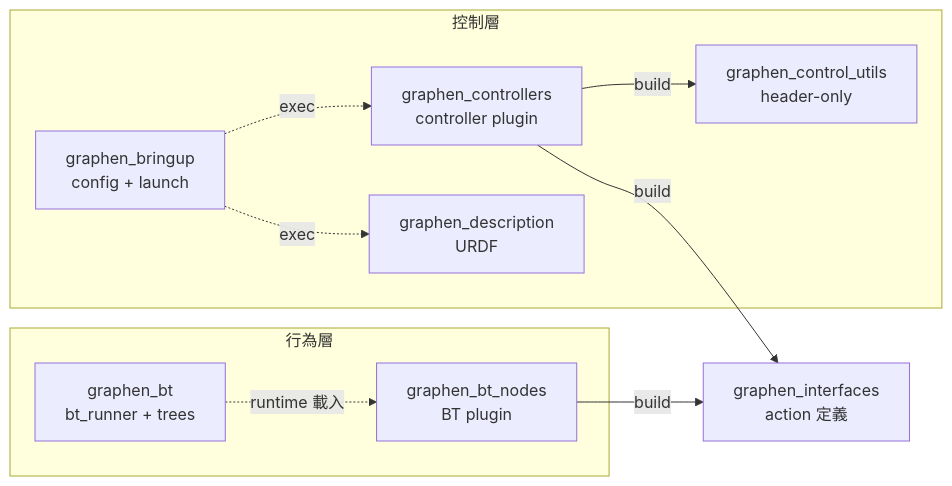
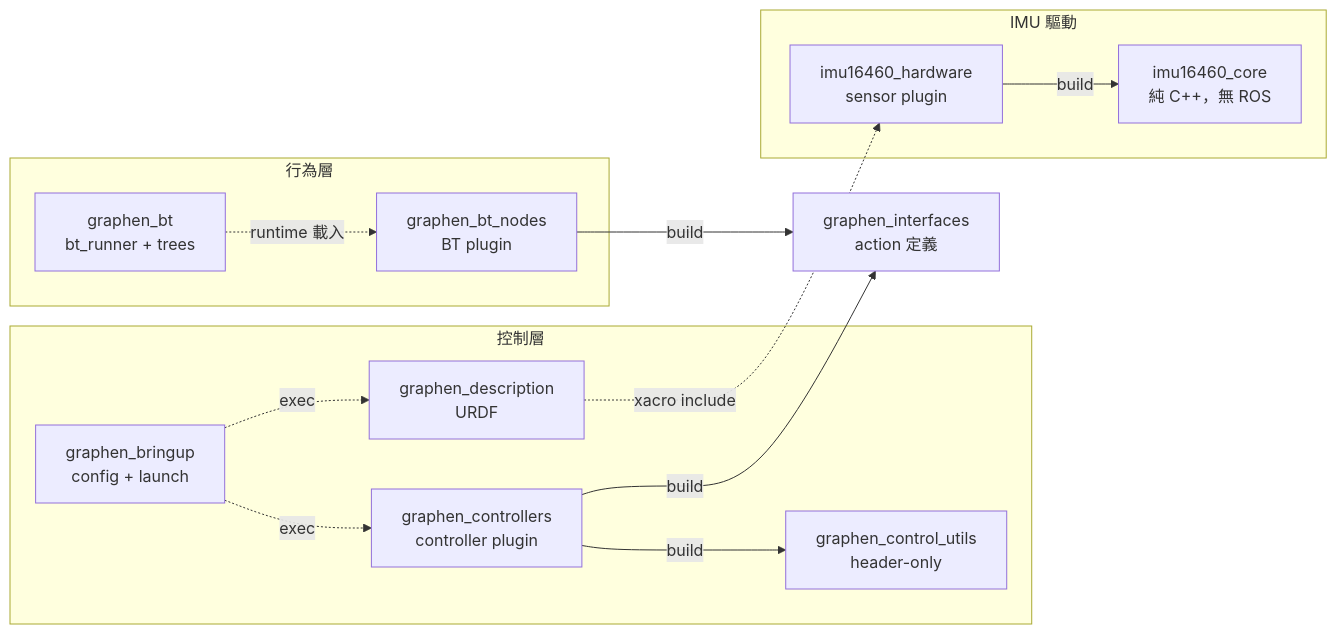
One commit to s40523122/graphen_controller changed the first of 4 diagrams in docs/ARCHITECTURE.md. Above: the diagram before and after it, drawn with Mermaid. The commit also changed other lines of this file and 2 other files, not shown here.

Commit message:
Document IMU integration and conventions

````diff
--- a/docs/ARCHITECTURE.md
+++ b/docs/ARCHITECTURE.md
@@ -19,20 +19,26 @@
 ```mermaid
 graph LR
   ifaces[graphen_interfaces<br/>action 定義]
   subgraph 控制層
     utils[graphen_control_utils<br/>header-only]
     ctrl[graphen_controllers<br/>controller plugin]
     desc[graphen_description<br/>URDF]
     bringup[graphen_bringup<br/>config + launch]
+  end
+  subgraph IMU 驅動
+    imucore[imu16460_core<br/>純 C++，無 ROS]
+    imuhw[imu16460_hardware<br/>sensor plugin]
   end
   subgraph 行為層
     btnodes[graphen_bt_nodes<br/>BT plugin]
     bt[graphen_bt<br/>bt_runner + trees]
   end
   ctrl -->|build| utils
   ctrl -->|build| ifaces
   btnodes -->|build| ifaces
   bringup -.->|exec| ctrl
   bringup -.->|exec| desc
+  imuhw -->|build| imucore
+  desc -.->|xacro include| imuhw
   bt -.->|runtime 載入| btnodes
 ```
````
